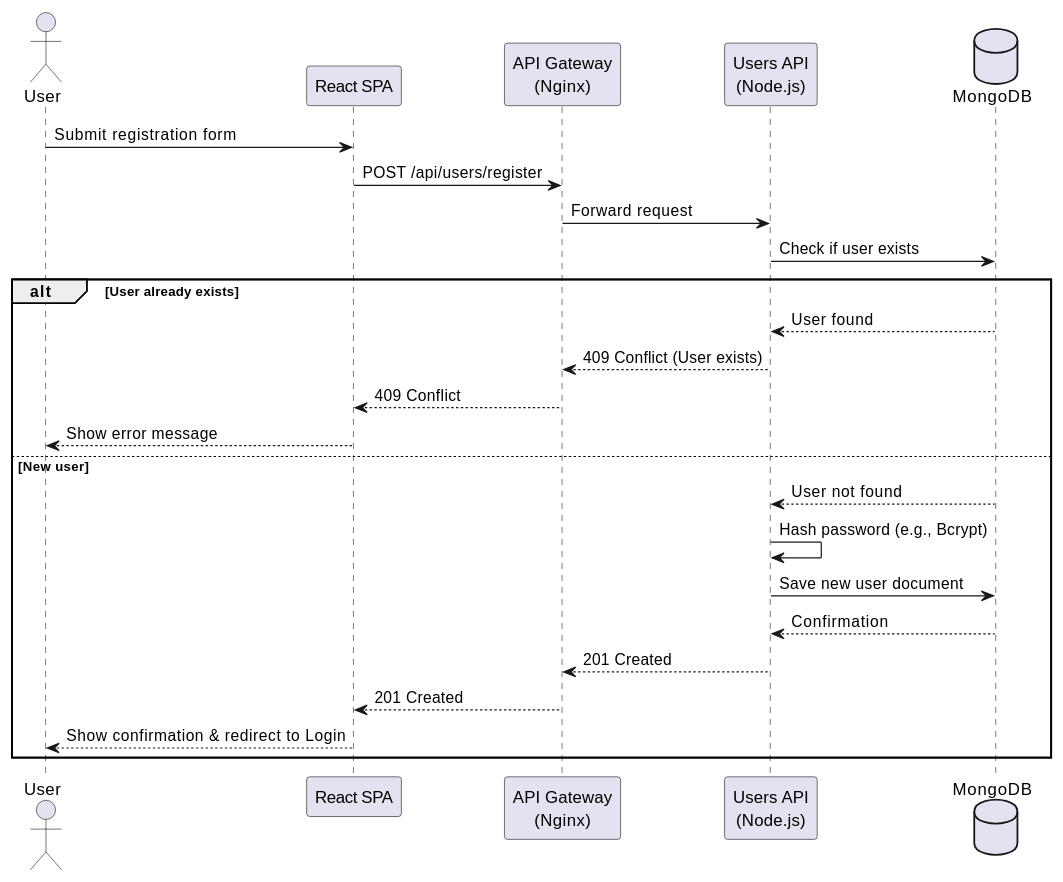
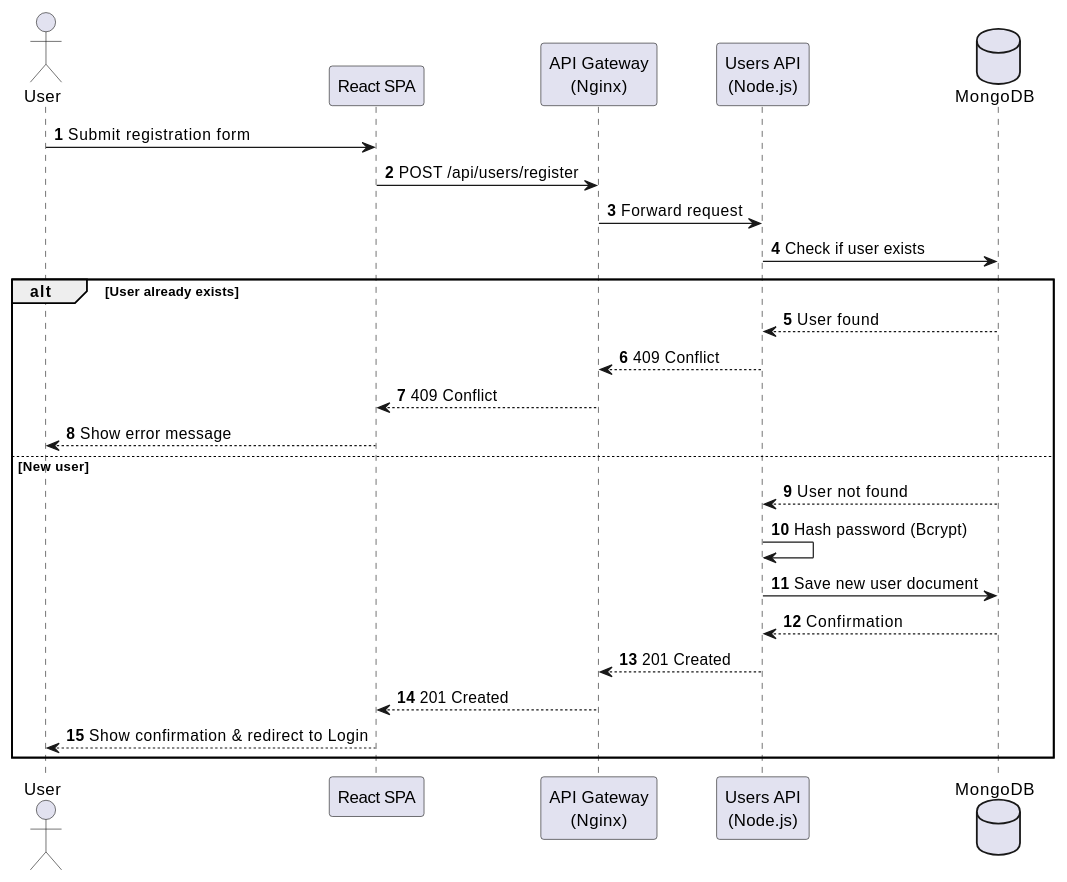
The fifth of 5 diagrams in docs/src/06_runtime_view.adoc (Arquisoft/yovi_es1a), drawn with PlantUML before and after one commit. The commit also changed other lines of this file and 1 other file, not shown here.

```diff
--- a/docs/src/06_runtime_view.adoc
+++ b/docs/src/06_runtime_view.adoc
@@ -117,29 +169,31 @@
 [plantuml]
 ----
 @startuml
+autonumber
 actor User
 participant "React SPA" as WebApp
 participant "API Gateway\n(Nginx)" as Gateway
 participant "Users API\n(Node.js)" as UsersService
 database MongoDB as Db
 
 User -> WebApp: Submit registration form
 WebApp -> Gateway: POST /api/users/register
 Gateway -> UsersService: Forward request
 UsersService -> Db: Check if user exists
+
 alt User already exists
     Db --> UsersService: User found
-    UsersService --> Gateway: 409 Conflict (User exists)
+    UsersService --> Gateway: 409 Conflict
     Gateway --> WebApp: 409 Conflict
     WebApp --> User: Show error message
 else New user
     Db --> UsersService: User not found
-    UsersService -> UsersService: Hash password (e.g., Bcrypt)
+    UsersService -> UsersService: Hash password (Bcrypt)
     UsersService -> Db: Save new user document
     Db --> UsersService: Confirmation
     UsersService --> Gateway: 201 Created
     Gateway --> WebApp: 201 Created
     WebApp --> User: Show confirmation & redirect to Login
 end
 @enduml
 ----
```
